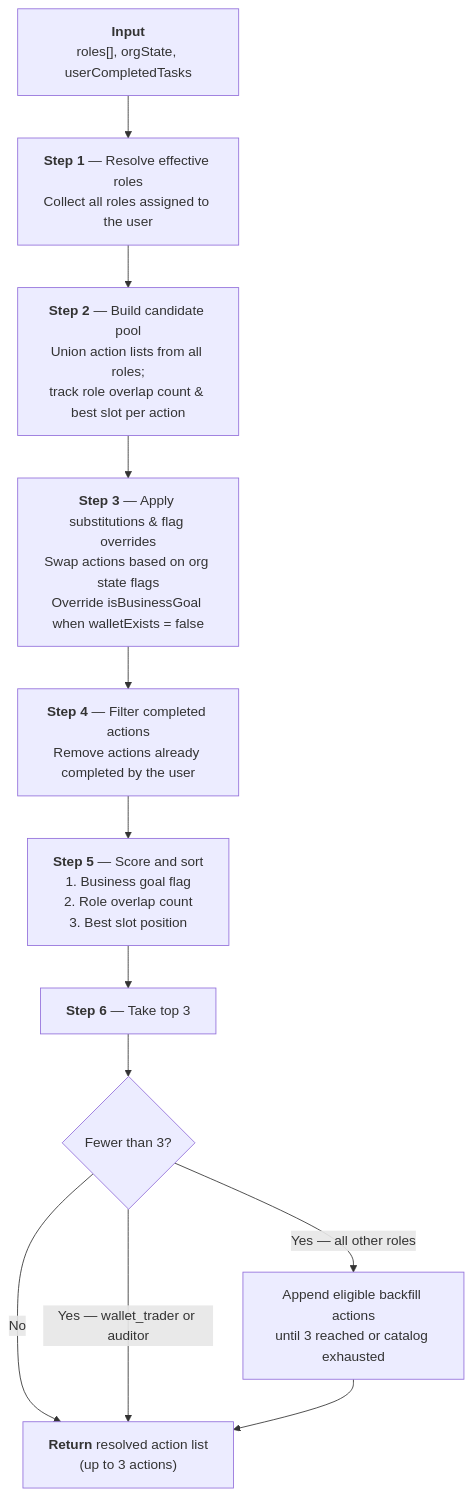
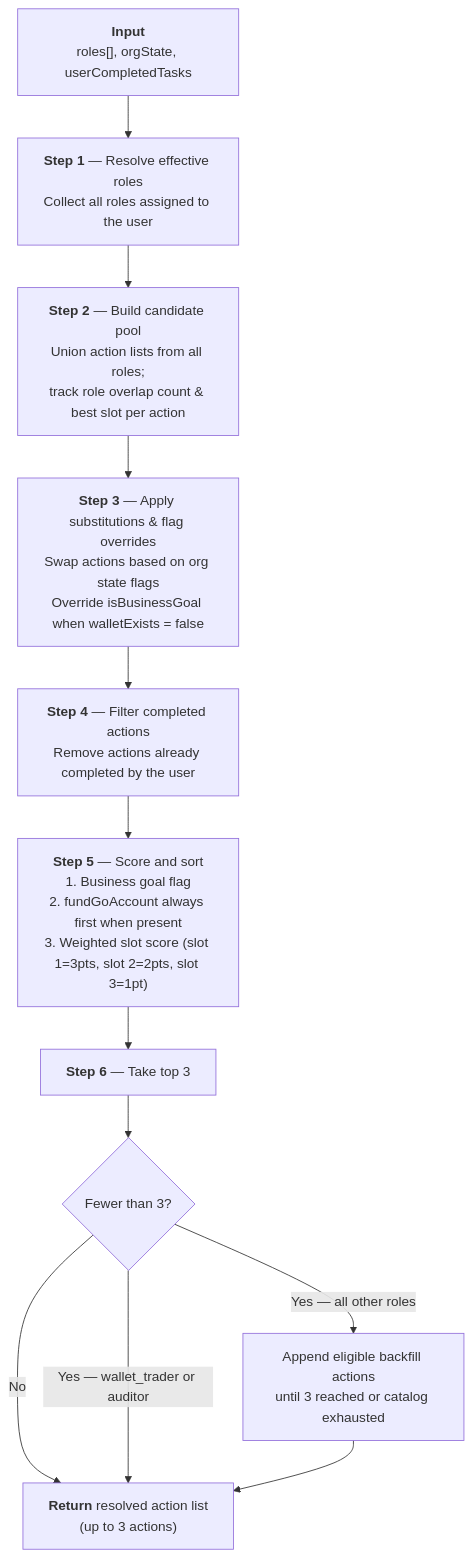
Before and after one commit to phyllisfei-bg/26Q2-fast-activation: the diagram in get-started-aggregation-spec.md, drawn with Mermaid. The commit also changed other lines of this file, not shown here.

Commit message:
Update aggregation spec: fundGoAccount anchor, completeVideoID business goal, weighted scoring, ForYou behavior

````diff
--- a/get-started-aggregation-spec.md
+++ b/get-started-aggregation-spec.md
@@ -182,15 +182,15 @@
 ```mermaid
 flowchart TD
     A["<b>Input</b><br>roles[], orgState, userCompletedTasks"] --> B
     B["<b>Step 1</b> — Resolve effective roles<br>Collect all roles assigned to the user"] --> C
     C["<b>Step 2</b> — Build candidate pool<br>Union action lists from all roles;<br>track role overlap count &amp; best slot per action"] --> D
     D["<b>Step 3</b> — Apply substitutions &amp; flag overrides<br>Swap actions based on org state flags<br>Override isBusinessGoal when walletExists = false"] --> E
     E["<b>Step 4</b> — Filter completed actions<br>Remove actions already completed by the user"] --> F
-    F["<b>Step 5</b> — Score and sort<br>1. Business goal flag<br>2. Role overlap count<br>3. Best slot position"] --> G
+    F["<b>Step 5</b> — Score and sort<br>1. Business goal flag<br>2. fundGoAccount always first when present<br>3. Weighted slot score (slot 1=3pts, slot 2=2pts, slot 3=1pt)"] --> G
     G["<b>Step 6</b> — Take top 3"] --> H
     H{Fewer than 3?}
     H -->|No| J["<b>Return</b> resolved action list<br>(up to 3 actions)"]
     H -->|"Yes — wallet_trader or auditor"| J
     H -->|"Yes — all other roles"| I["Append eligible backfill actions<br>until 3 reached or catalog exhausted"]
     I --> J
 ```
````
